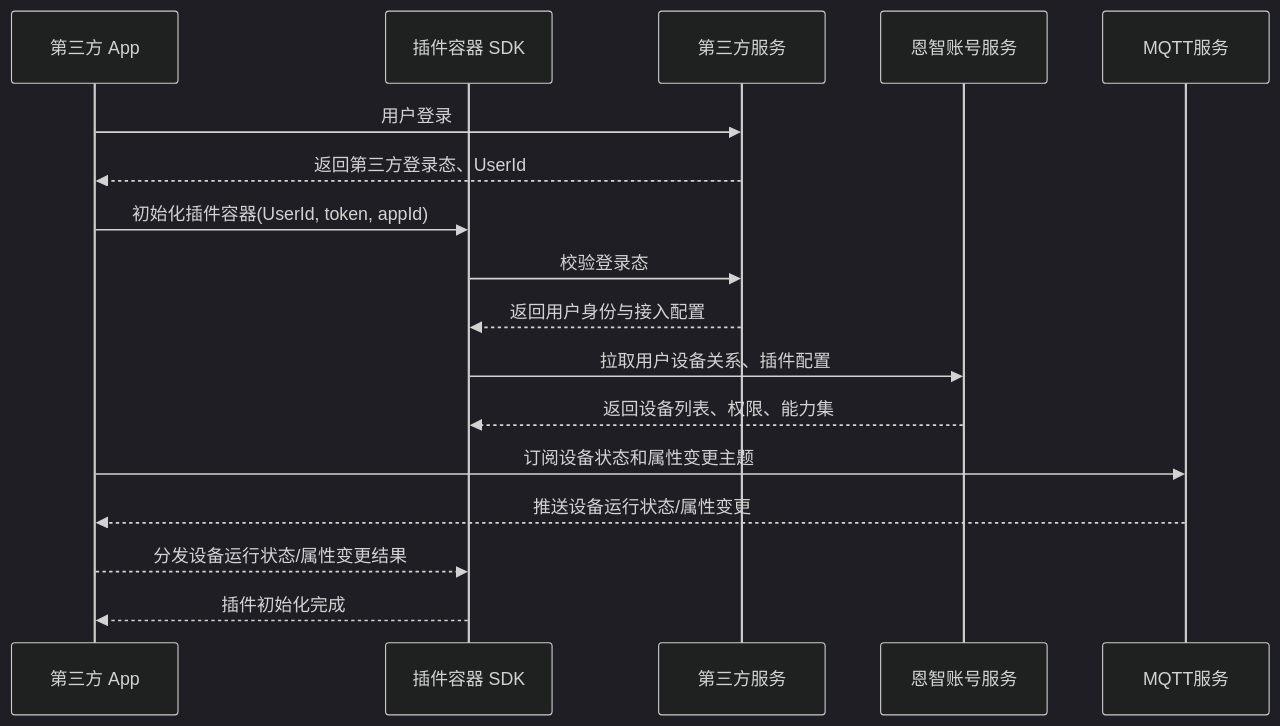
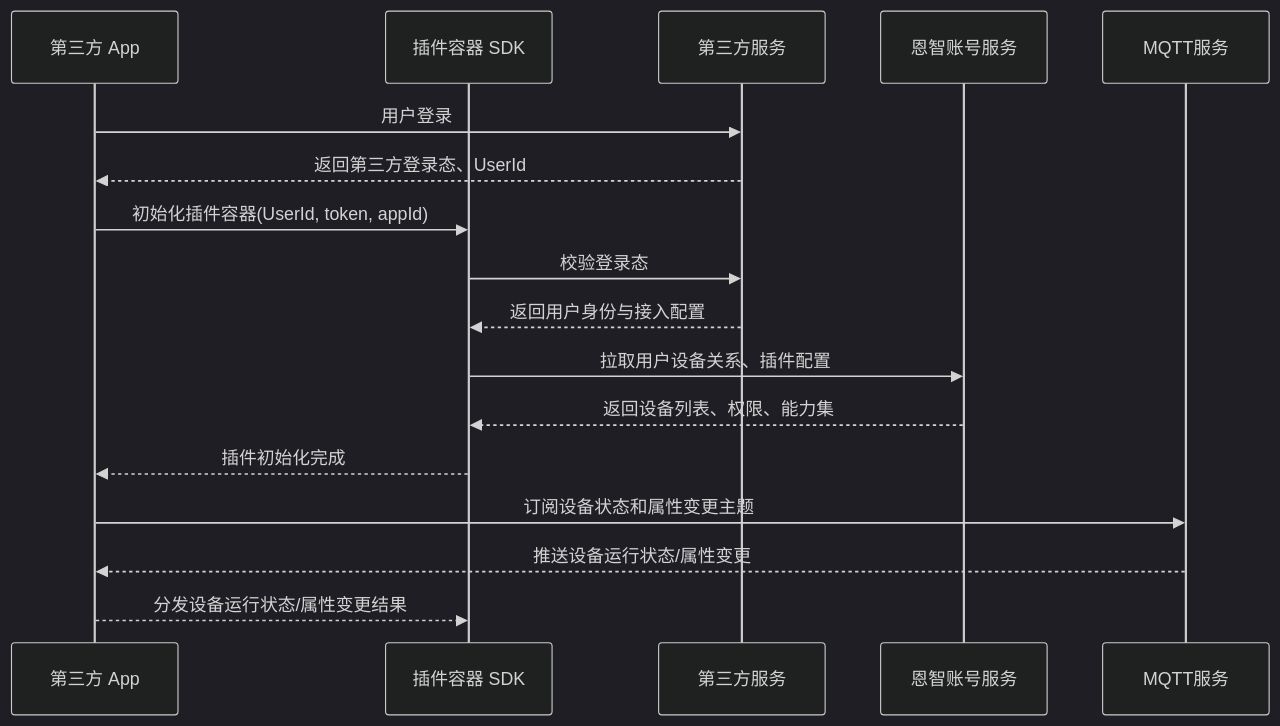
One commit to itmanlee/IoT-Device-Plugin-Framework changed the second of 15 diagrams in App端物联网设备模块插件化开发方案.md. Above: the diagram before and after it, drawn with Mermaid (dark theme). The commit also changed other lines of this file, not shown here.

````diff
--- a/App端物联网设备模块插件化开发方案.md
+++ b/App端物联网设备模块插件化开发方案.md
@@ -124,20 +129,20 @@
 ```mermaid
 sequenceDiagram
     participant App as 第三方 App
     participant SDK as 插件容器 SDK
     participant TP as 第三方服务
     participant EZ as 恩智账号服务
     participant MQTT as MQTT服务
 
     App->>TP: 用户登录
     TP-->>App: 返回第三方登录态、UserId
     App->>SDK: 初始化插件容器(UserId, token, appId)
     SDK->>TP: 校验登录态
     TP-->>SDK: 返回用户身份与接入配置
     SDK->>EZ: 拉取用户设备关系、插件配置
     EZ-->>SDK: 返回设备列表、权限、能力集
+    SDK-->>App: 插件初始化完成
     App->>MQTT: 订阅设备状态和属性变更主题
     MQTT-->>App: 推送设备运行状态/属性变更
     App-->>SDK: 分发设备运行状态/属性变更结果
-    SDK-->>App: 插件初始化完成
 ```
````
